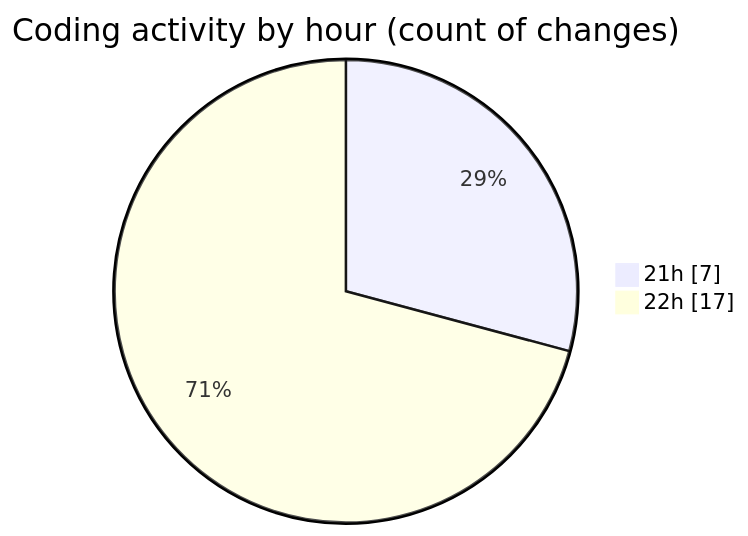
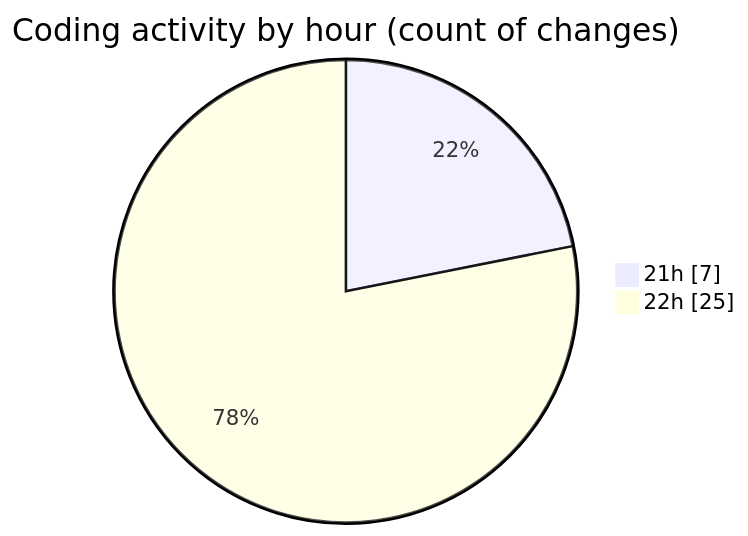
Before and after one commit to lephambinh05/code-tracking: the second of 2 diagrams in 2025-08-16/studybuddy/README.md, drawn with Mermaid. The commit also changed other lines of this file and 1 other file, not shown here.

````diff
--- a/2025-08-16/studybuddy/README.md
+++ b/2025-08-16/studybuddy/README.md
@@ -34,6 +36,6 @@
 ```mermaid
 pie showData
 title Coding activity by hour (count of changes)
 "21h" : 7
-"22h" : 17
+"22h" : 25
 ```
````
